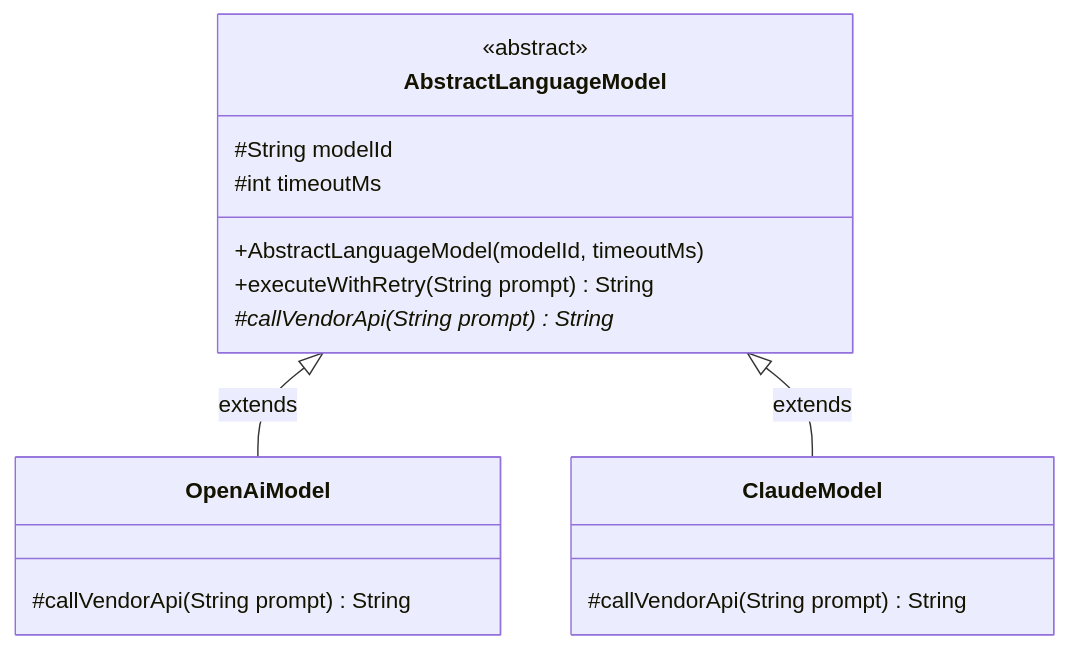
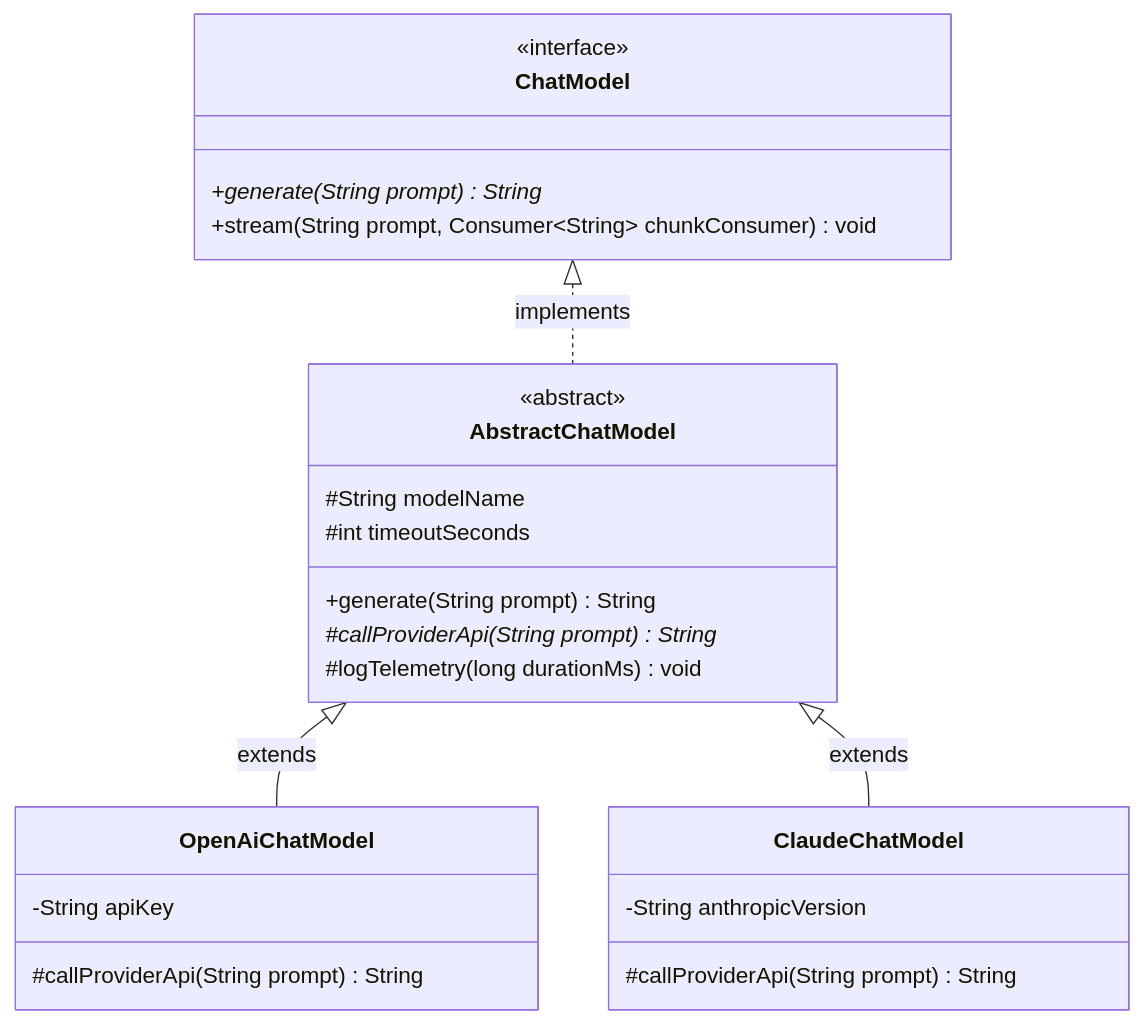
One commit to SrinuRenangi/Gen-AI-Java changed the diagram in Phase_01_Java_Foundations/Day_03_Inheritance_Interfaces_Polymorphism/Day_03_Inheritance_Interfaces_Polymorphism.md. Above: the diagram before and after it, drawn with Mermaid. The commit also changed other lines of this file and 4 other files, not shown here.

````diff
--- a/Phase_01_Java_Foundations/Day_03_Inheritance_Interfaces_Polymorphism/Day_03_Inheritance_Interfaces_Polymorphism.md
+++ b/Phase_01_Java_Foundations/Day_03_Inheritance_Interfaces_Polymorphism/Day_03_Inheritance_Interfaces_Polymorphism.md
@@ -325,19 +373,31 @@
 ```mermaid
 classDiagram
-    class AbstractLanguageModel {
+    class ChatModel {
+        <<interface>>
+        +generate(String prompt)* String
+        +stream(String prompt, Consumer~String~ chunkConsumer) void
+    }
+
+    class AbstractChatModel {
         <<abstract>>
-        #String modelId
-        #int timeoutMs
-        +AbstractLanguageModel(modelId, timeoutMs)
-        +executeWithRetry(String prompt) String
-        #callVendorApi(String prompt)* String
+        #String modelName
+        #int timeoutSeconds
+        +generate(String prompt) String
+        #callProviderApi(String prompt)* String
+        #logTelemetry(long durationMs) void
     }
-    class OpenAiModel {
-        #callVendorApi(String prompt) String
+
+    class OpenAiChatModel {
+        -String apiKey
+        #callProviderApi(String prompt) String
     }
-    class ClaudeModel {
-        #callVendorApi(String prompt) String
+
+    class ClaudeChatModel {
+        -String anthropicVersion
+        #callProviderApi(String prompt) String
     }
-    AbstractLanguageModel <|-- OpenAiModel : extends
-    AbstractLanguageModel <|-- ClaudeModel : extends
+
+    ChatModel <|.. AbstractChatModel : implements
+    AbstractChatModel <|-- OpenAiChatModel : extends
+    AbstractChatModel <|-- ClaudeChatModel : extends
 ```
````
